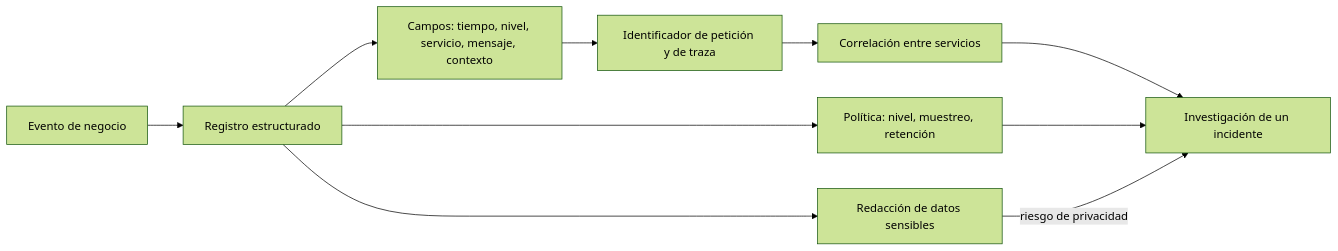
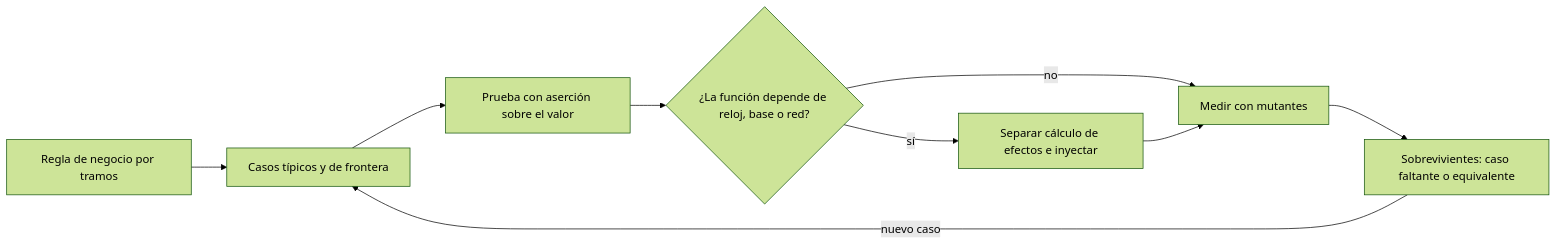
The diagram in content/part-35/SE-422.md (vladimiracunadev-create/modern-software-engineering-program), drawn with Mermaid (forest theme) before and after one commit. The commit also changed other lines of this file and 5193 other files, not shown here.

````diff
--- a/content/part-35/SE-422.md
+++ b/content/part-35/SE-422.md
@@ -54,12 +56,11 @@
 ```mermaid
 flowchart LR
-    A[Evento de negocio] --> B[Registro estructurado]
-    B --> C[Campos: tiempo, nivel, servicio, mensaje, contexto]
-    C --> D[Identificador de petición y de traza]
-    D --> E[Correlación entre servicios]
-    B --> F[Política: nivel, muestreo, retención]
-    B --> G[Redacción de datos sensibles]
-    E --> H[Investigación de un incidente]
-    F --> H
-    G -->|riesgo de privacidad| H
+    A[Regla de negocio por tramos] --> B[Casos típicos y de frontera]
+    B --> C[Prueba con aserción sobre el valor]
+    C --> D{¿La función depende de reloj, base o red?}
+    D -->|sí| E[Separar cálculo de efectos e inyectar]
+    D -->|no| F[Medir con mutantes]
+    E --> F
+    F --> G[Sobrevivientes: caso faltante o equivalente]
+    G -->|nuevo caso| B
 ```
````
